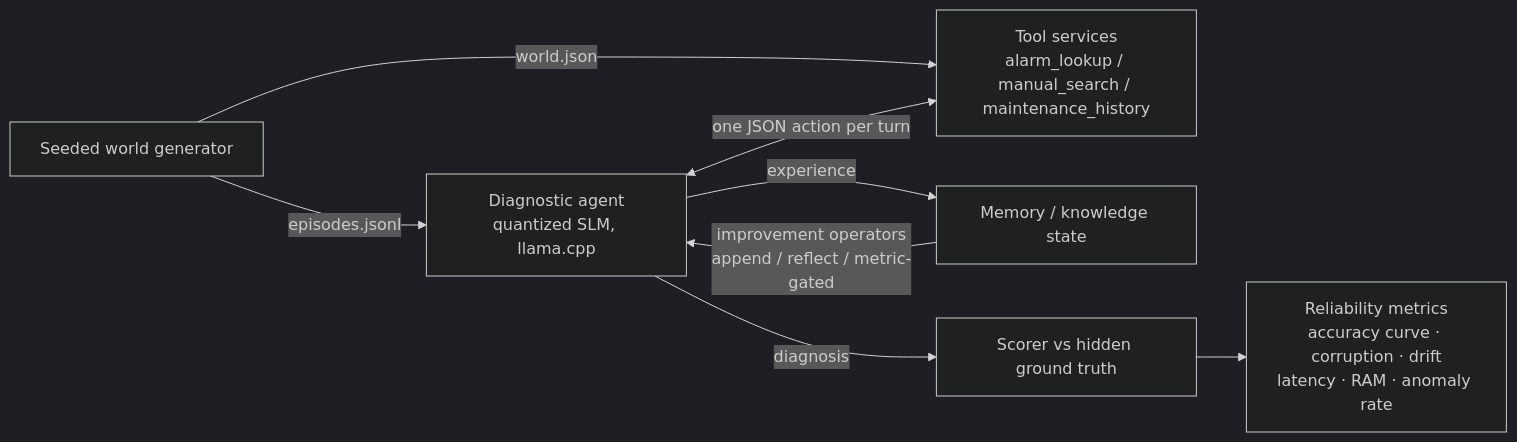
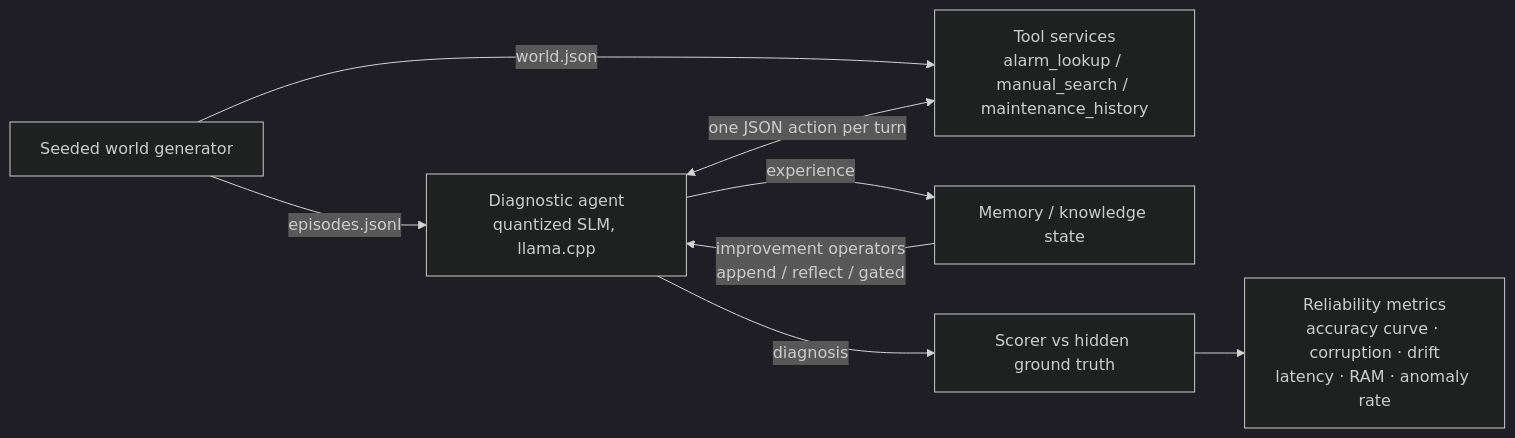
Before and after one commit to vahit19/longhaul-bench: the diagram in README.md, drawn with Mermaid (dark theme). The commit also changed other lines of this file and 2 other files, not shown here.

Commit message:
audit round 2: current status/roadmap in README, fix diagram operator label, pin Docker deps, add per-arm results/summary consistency test

````diff
--- a/README.md
+++ b/README.md
@@ -190,10 +190,10 @@
 ```mermaid
 flowchart LR
     G[Seeded world generator] -->|world.json| T[Tool services<br/>alarm_lookup / manual_search / maintenance_history]
     G -->|episodes.jsonl| A[Diagnostic agent<br/>quantized SLM, llama.cpp]
     A <-->|one JSON action per turn| T
     A -->|experience| M[Memory / knowledge state]
-    M -->|improvement operators<br/>append / reflect / metric-gated| A
+    M -->|improvement operators<br/>append / reflect / gated| A
     A -->|diagnosis| S[Scorer vs hidden ground truth]
     S --> R[Reliability metrics<br/>accuracy curve · corruption · drift<br/>latency · RAM · anomaly rate]
 ```
````
